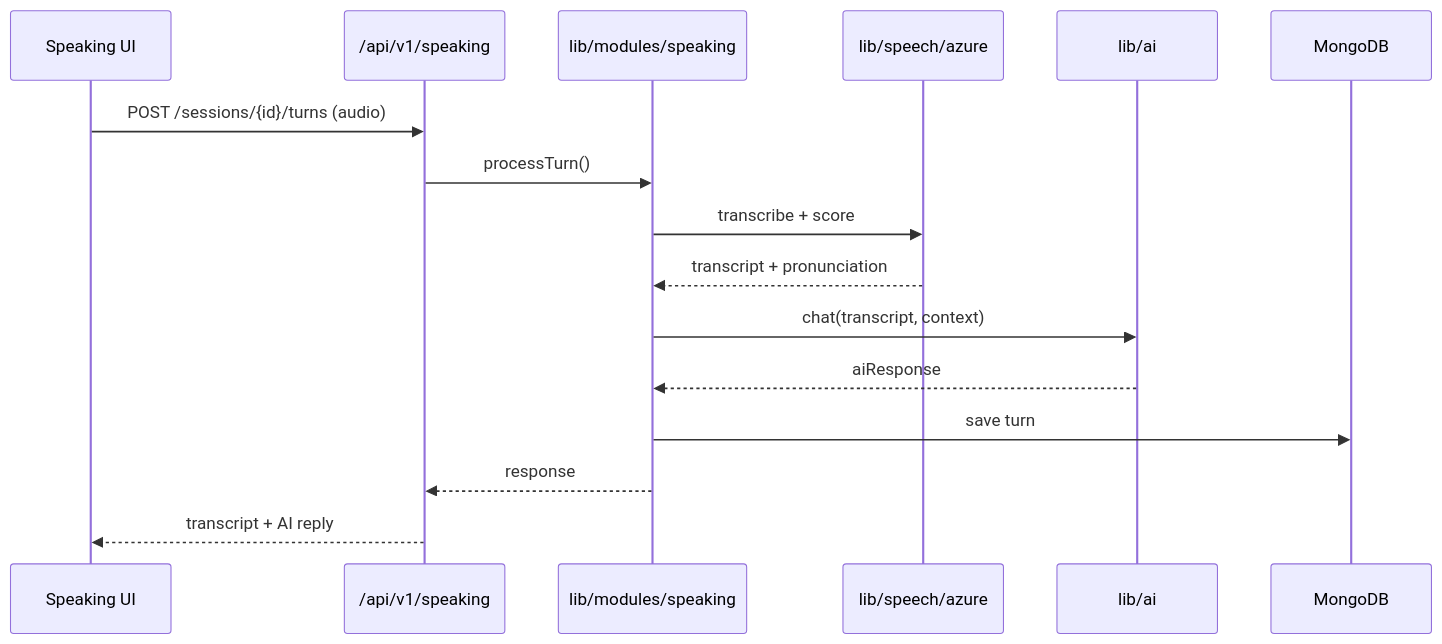
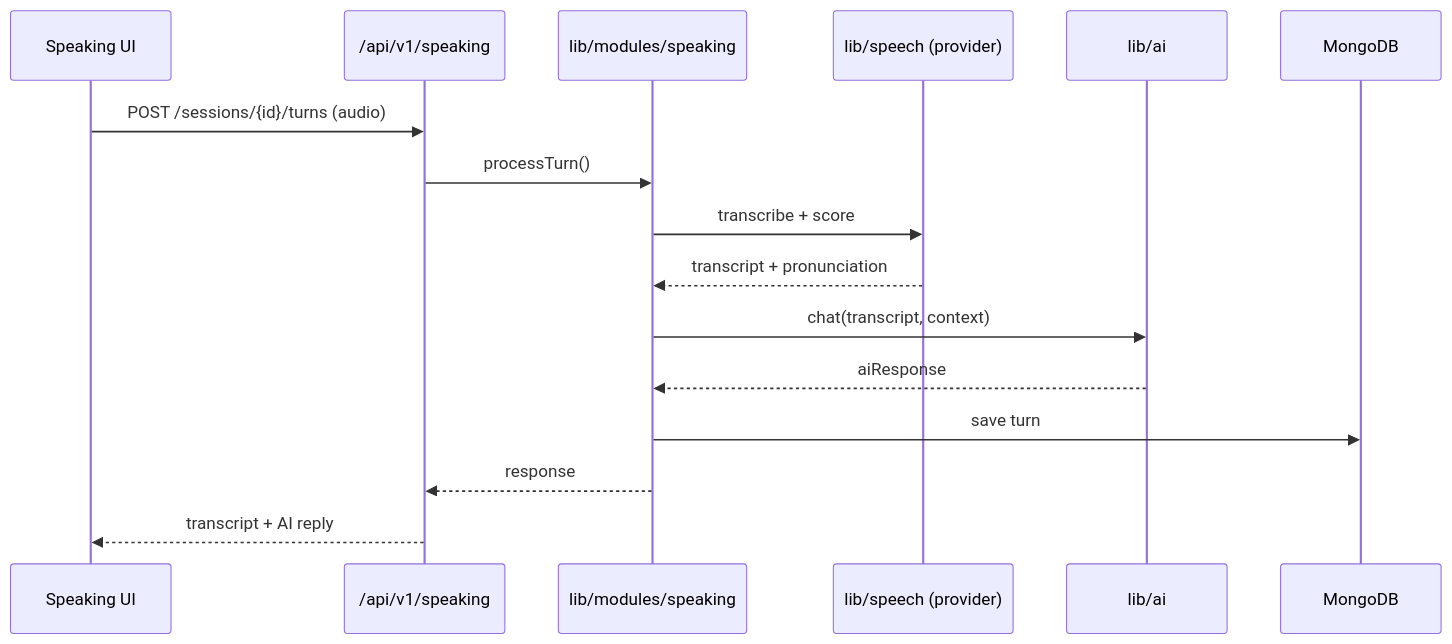
One commit to anhthqb97/Lexora-AI changed the diagram in docs/engineering/tdd-speaking.md. Above: the diagram before and after it, drawn with Mermaid. The commit also changed other lines of this file and 9 other files, not shown here.

Commit message:
P0-T02: add local speech provider for dev testing

````diff
--- a/docs/engineering/tdd-speaking.md
+++ b/docs/engineering/tdd-speaking.md
@@ -27,19 +31,19 @@
 ```mermaid
 sequenceDiagram
     participant UI as Speaking UI
     participant API as /api/v1/speaking
     participant MOD as lib/modules/speaking
-    participant SP as lib/speech/azure
+    participant SP as lib/speech (provider)
     participant AI as lib/ai
     participant DB as MongoDB
 
     UI->>API: POST /sessions/{id}/turns (audio)
     API->>MOD: processTurn()
     MOD->>SP: transcribe + score
     SP-->>MOD: transcript + pronunciation
     MOD->>AI: chat(transcript, context)
     AI-->>MOD: aiResponse
     MOD->>DB: save turn
     MOD-->>API: response
     API-->>UI: transcript + AI reply
 ```
````
